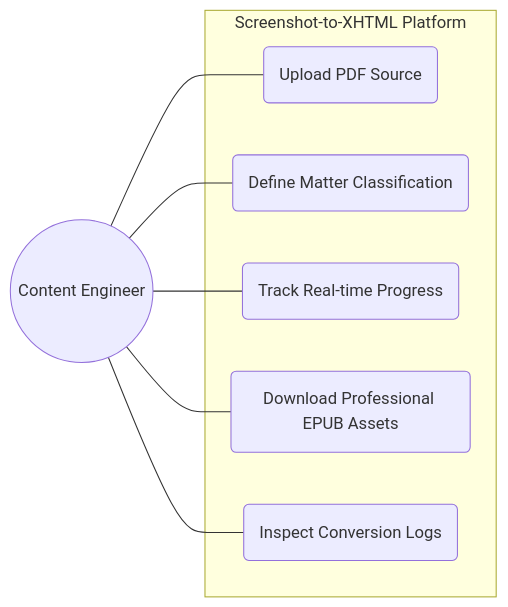
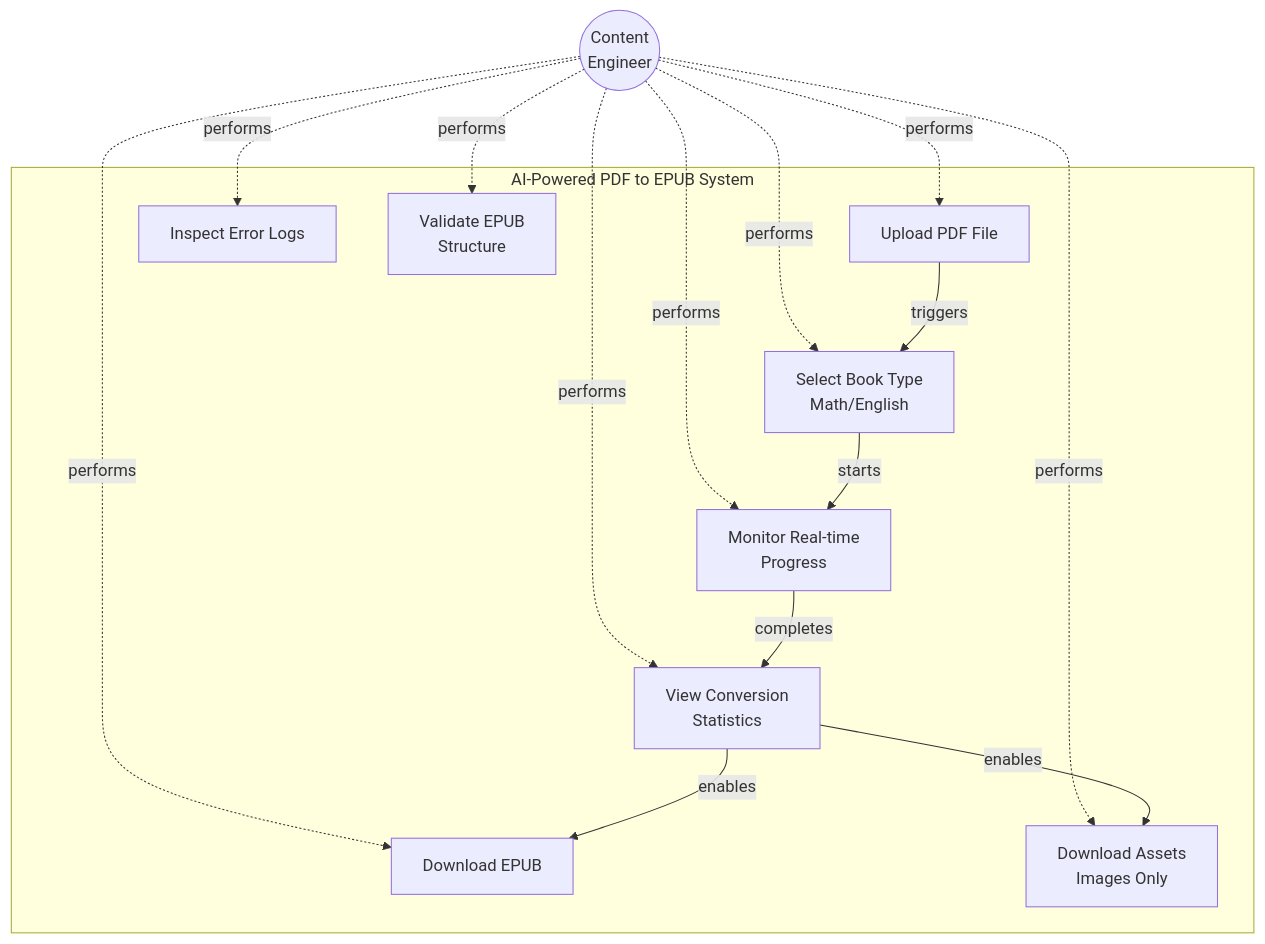
One commit to shaik7867867860089-stack/epub changed the third of 5 diagrams in PROJECT_DOCUMENTATION.md. Above: the diagram before and after it, drawn with Mermaid. The commit also changed other lines of this file, not shown here.

````diff
--- a/PROJECT_DOCUMENTATION.md
+++ b/PROJECT_DOCUMENTATION.md
@@ -139,18 +250,30 @@
 ```mermaid
-graph LR
-    User((Content Engineer))
-
-    subgraph Platform_Boundary [Screenshot-to-XHTML Platform]
-        UC1(Upload PDF Source)
-        UC2(Define Matter Classification)
-        UC3(Track Real-time Progress)
-        UC4(Download Professional EPUB Assets)
-        UC5(Inspect Conversion Logs)
+graph TB
+    User((Content<br/>Engineer))
+    
+    subgraph System["AI-Powered PDF to EPUB System"]
+        UC1[Upload PDF File]
+        UC2[Select Book Type<br/>Math/English]
+        UC3[Monitor Real-time<br/>Progress]
+        UC4[View Conversion<br/>Statistics]
+        UC5[Download EPUB]
+        UC6[Download Assets<br/>Images Only]
+        UC7[Inspect Error Logs]
+        UC8[Validate EPUB<br/>Structure]
     end
-
-    User --- UC1
-    User --- UC2
-    User --- UC3
-    User --- UC4
-    User --- UC5
+    
+    User -.->|performs| UC1
+    User -.->|performs| UC2
+    User -.->|performs| UC3
+    User -.->|performs| UC4
+    User -.->|performs| UC5
+    User -.->|performs| UC6
+    User -.->|performs| UC7
+    User -.->|performs| UC8
+    
+    UC1 -->|triggers| UC2
+    UC2 -->|starts| UC3
+    UC3 -->|completes| UC4
+    UC4 -->|enables| UC5
+    UC4 -->|enables| UC6
 ```
````
